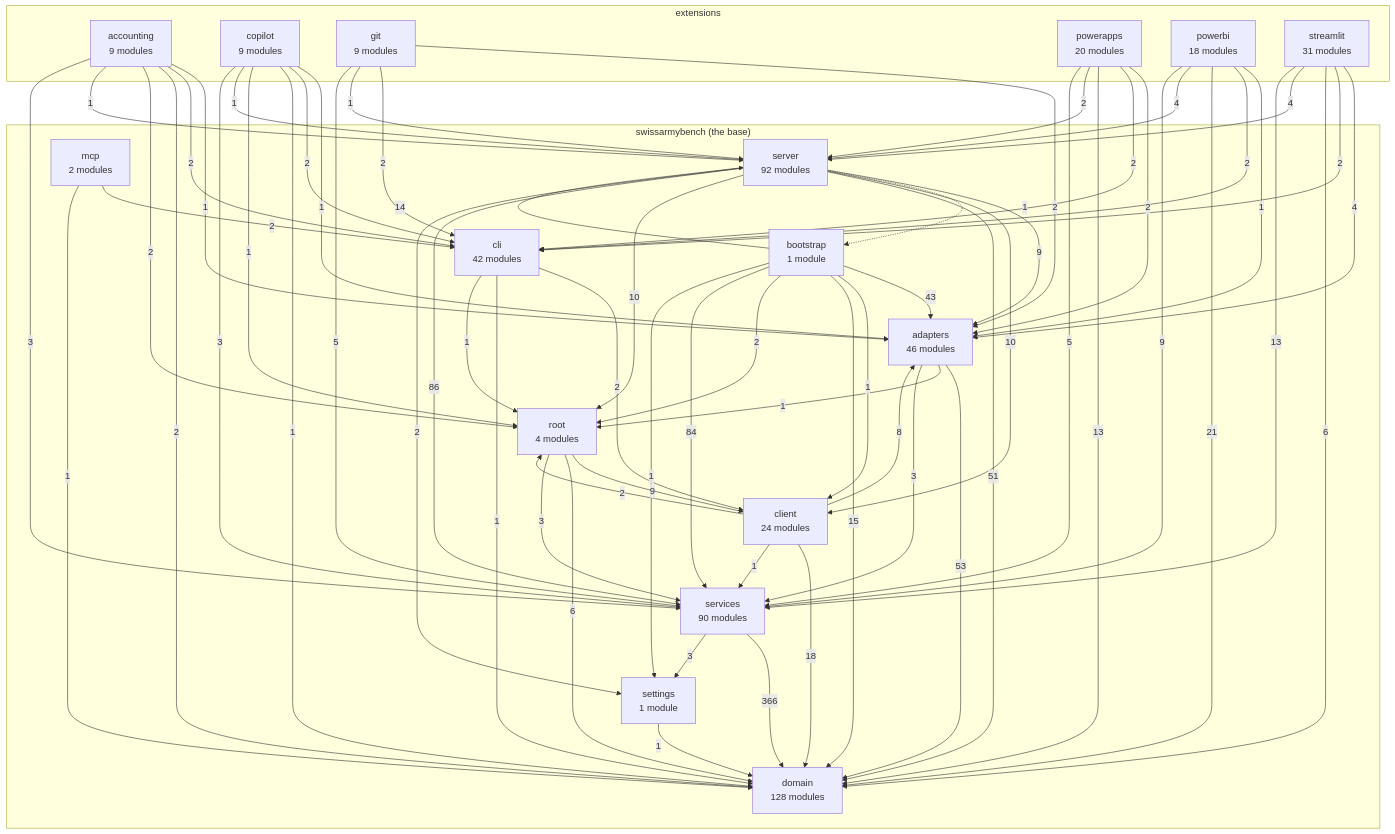
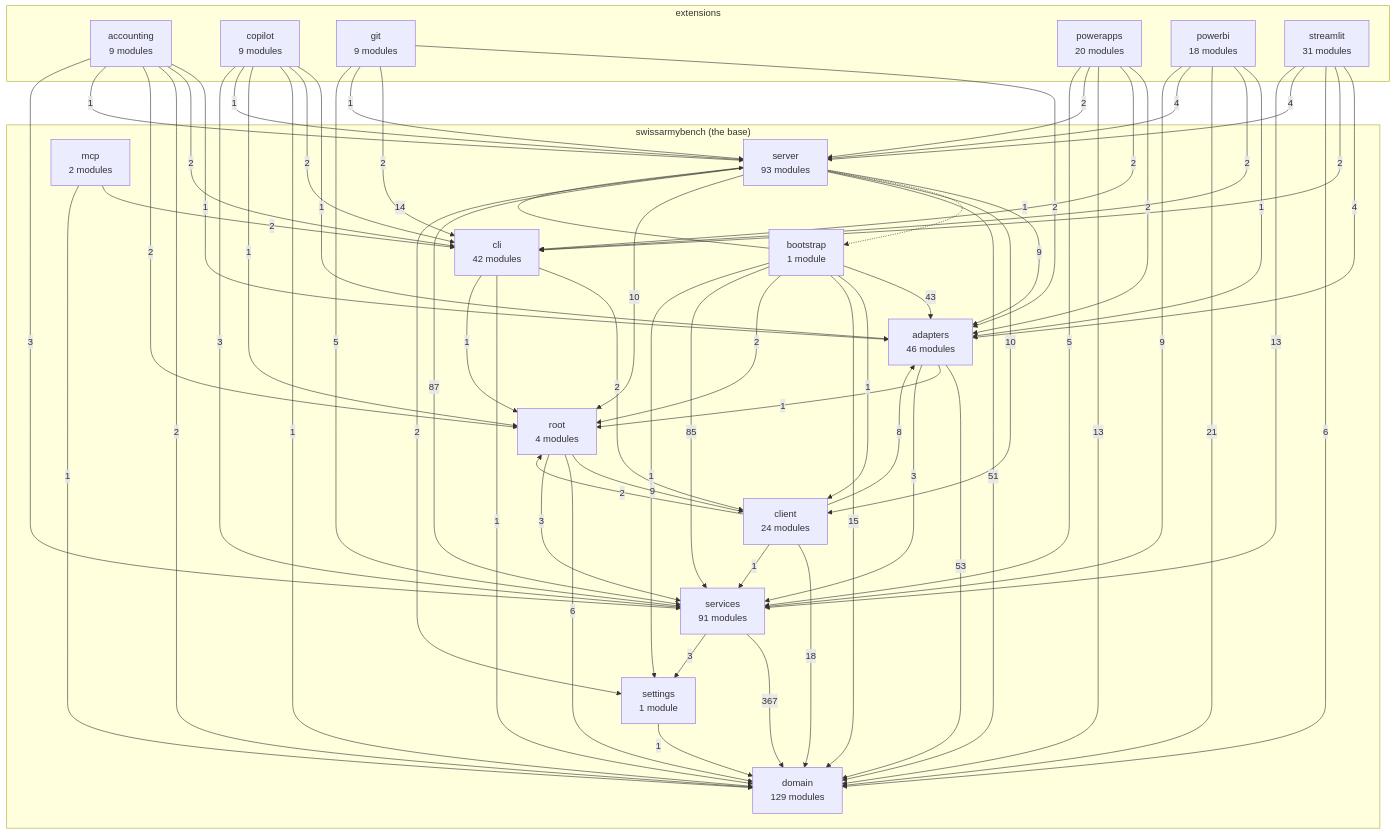
The diagram in docs/architecture-map.md (DylanCodyBrown/SwissArmyBench), drawn with Mermaid before and after one commit. The commit also changed other lines of this file and 8 other files, not shown here.

````diff
--- a/docs/architecture-map.md
+++ b/docs/architecture-map.md
@@ -17,14 +17,14 @@
 ```mermaid
 flowchart TB
     subgraph base["swissarmybench (the base)"]
-        domain["domain<br/>128 modules"]
+        domain["domain<br/>129 modules"]
         settings["settings<br/>1 module"]
-        services["services<br/>90 modules"]
+        services["services<br/>91 modules"]
         adapters["adapters<br/>46 modules"]
         cli["cli<br/>42 modules"]
         client["client<br/>24 modules"]
         root["root<br/>4 modules"]
-        server["server<br/>92 modules"]
+        server["server<br/>93 modules"]
         bootstrap["bootstrap<br/>1 module"]
         mcp["mcp<br/>2 modules"]
     end
@@ -44,7 +44,7 @@
     bootstrap -->|15| domain
     bootstrap -->|2| root
     bootstrap -->|14| server
-    bootstrap -->|84| services
+    bootstrap -->|85| services
     bootstrap -->|1| settings
     cli -->|2| client
     cli -->|1| domain
@@ -94,9 +94,9 @@
     server -->|10| client
     server -->|51| domain
     server -->|10| root
-    server -->|86| services
+    server -->|87| services
     server -->|2| settings
-    services -->|366| domain
+    services -->|367| domain
     services -->|3| settings
     settings -->|1| domain
 ```
````
